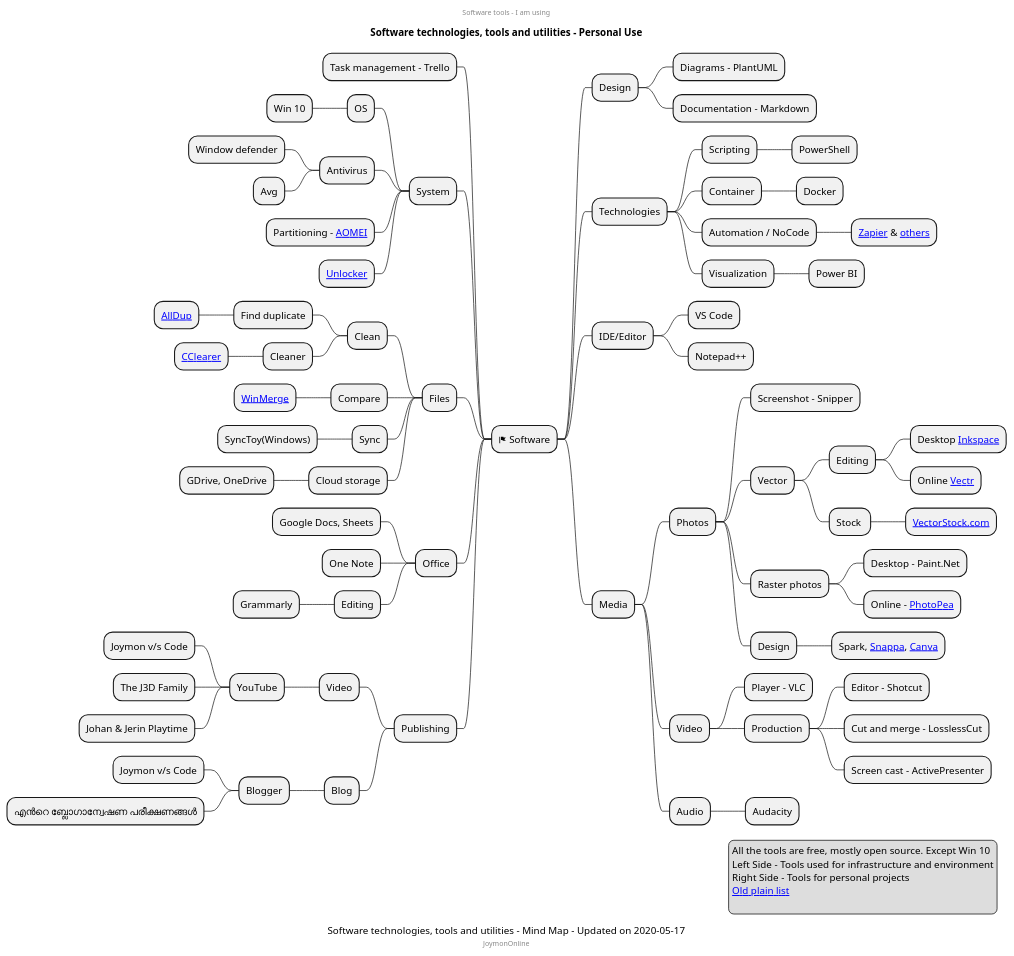
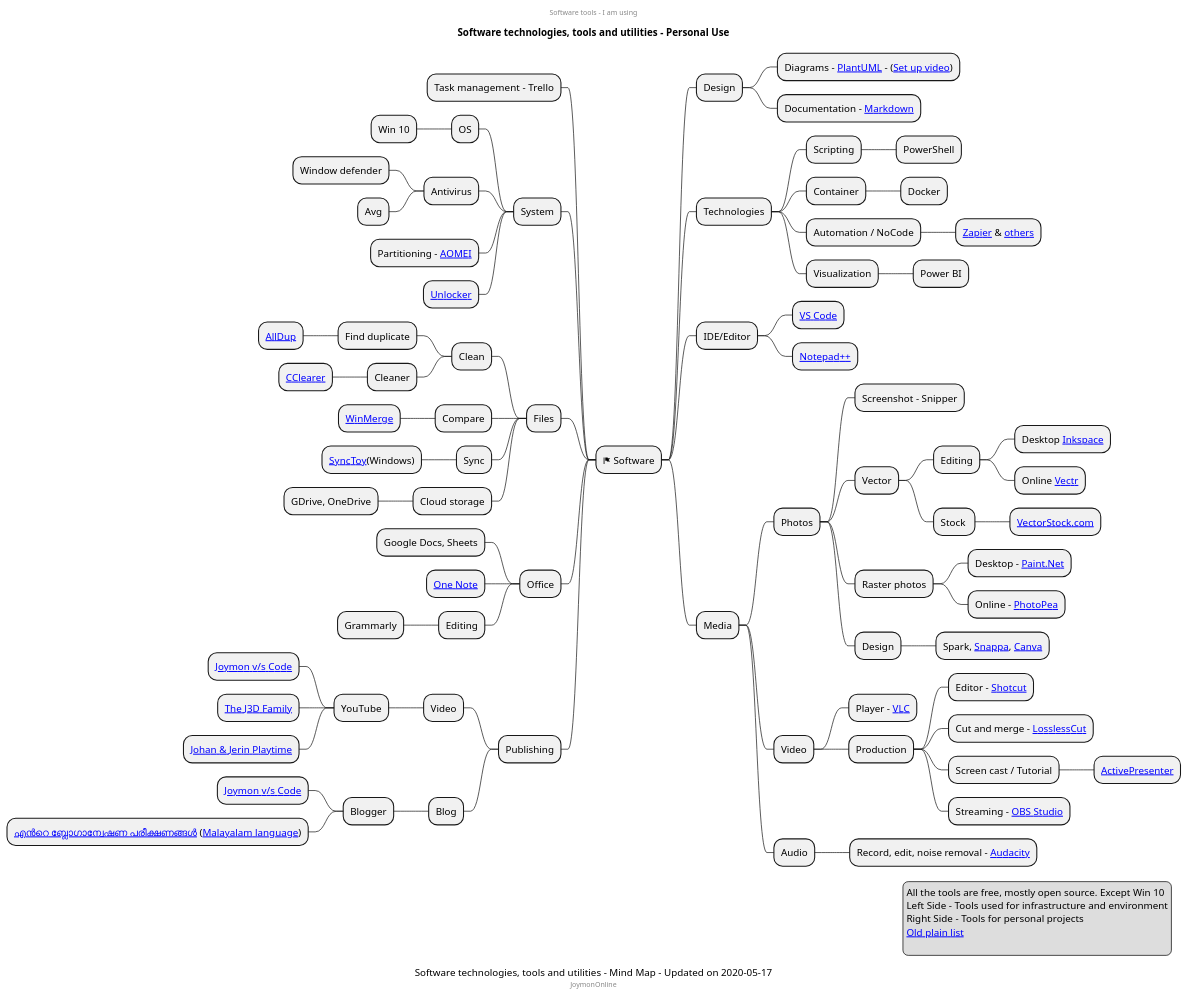
One commit to mind-maps/software changed the diagram in software-tools/personal-tools.puml. Above: the diagram before and after it, drawn with PlantUML.

Commit message:
Completed adding links

```diff
--- a/software-tools/personal-tools.puml
+++ b/software-tools/personal-tools.puml
@@ -1,95 +1,98 @@
 @startmindmap
 center header
 Software tools - I am using
 endheader
 title Software technologies, tools and utilities - Personal Use
 caption Software technologies, tools and utilities - Mind Map - Updated on 2020-05-17
 center footer JoymonOnline
 * <&flag> Software
 ** Design
-*** Diagrams - PlantUML
-*** Documentation - Markdown
+*** Diagrams - [[https://en.wikipedia.org/wiki/PlantUML PlantUML]] - ([[https://www.youtube.com/watch?v=Zt3Bj1HMJ8g Set up video]])
+*** Documentation - [[https://en.wikipedia.org/wiki/Markdown Markdown]]
 ** Technologies
 *** Scripting
 **** PowerShell
 *** Container
 **** Docker
 *** Automation / NoCode
 **** [[https://zapier.com/home Zapier]] & [[https://gist.github.com/joymon/89aeb18bef588895426b46a54e2ba970 others]]
 *** Visualization
 **** Power BI
 ** IDE/Editor
-*** VS Code
-*** Notepad++
+*** [[https://code.visualstudio.com/ VS Code]]
+*** [[https://notepad-plus-plus.org/ Notepad++]]
 
 ** Media
 *** Photos
 **** Screenshot - Snipper
 **** Vector
 ***** Editing
 ****** Desktop [[https://inkscape.org/ Inkspace]]
 ****** Online [[https://vectr.com/ Vectr]]
 ***** Stock 
 ****** [[https://www.vectorstock.com/ VectorStock.com]]
 **** Raster photos
-***** Desktop - Paint.Net
+***** Desktop - [[https://www.getpaint.net/ Paint.Net]]
 ***** Online - [[https://www.photopea.com/ PhotoPea]]
 **** Design
 ***** Spark, [[https://snappa.com/ Snappa]], [[https://www.canva.com/ Canva]]
 *** Video
-**** Player - VLC
+**** Player - [[https://www.videolan.org/vlc/download-windows.html VLC]]
 **** Production
-***** Editor - Shotcut
-***** Cut and merge - LosslessCut
-***** Screen cast - ActivePresenter
+***** Editor - [[https://shotcut.org/download/ Shotcut]]
+***** Cut and merge - [[https://github.com/mifi/lossless-cut/releases LosslessCut]]
+***** Screen cast / Tutorial
+****** [[https://atomisystems.com/download/ ActivePresenter]]
+***** Streaming - [[https://obsproject.com/download OBS Studio]]
+
 *** Audio
-**** Audacity
+**** Record, edit, noise removal - [[https://www.audacityteam.org/download/ Audacity]]
 
 left side
 
 ** Task management - Trello
 ** System
 *** OS
 **** Win 10
 *** Antivirus
 **** Window defender
 **** Avg
 *** Partitioning - [[https://www.diskpart.com/free-partition-manager.html AOMEI]]
 *** [[http://www.emptyloop.com/unlocker/ Unlocker]]
 ** Files
 *** Clean
 **** Find duplicate
 ***** [[http://www.alldup.info/en_download_alldup.php AllDup]]
 **** Cleaner
 ***** [[https://www.ccleaner.com/ CClearer]]
 *** Compare
 **** [[https://winmerge.org/?lang=en WinMerge]]
 *** Sync
-**** SyncToy(Windows)
+**** [[https://www.microsoft.com/en-us/download/details.aspx?id=15155 SyncToy]](Windows)
 *** Cloud storage
 **** GDrive, OneDrive
 ** Office
 *** Google Docs, Sheets
-*** One Note
+*** [[https://www.onenote.com/ One Note]]
 *** Editing
 **** Grammarly
 ** Publishing
 *** Video
 **** YouTube
-***** Joymon v/s Code
-***** The J3D Family
-***** Johan & Jerin Playtime
+***** [[https://www.youtube.com/channel/UC78wYrq_keVaDV8STReHRxg Joymon v/s Code]]
+***** [[https://www.youtube.com/channel/UCzYqSifCwLYpmgRxvNo7BzA The J3D Family]]
+***** [[https://www.youtube.com/channel/UC1D3Fy0L0aoI0OfUEZnWy5A Johan & Jerin Playtime]]
 *** Blog
 **** Blogger
-***** Joymon v/s Code
-***** എന്‍റെ ബ്ലോഗാന്വേഷണ പരീക്ഷണങ്ങള്‍
+***** [[https://joymonscode.blogspot.com/ Joymon v/s Code]]
+***** [[https://joy-mon.blogspot.com/ എന്‍റെ ബ്ലോഗാന്വേഷണ പരീക്ഷണങ്ങള്‍]] ([[https://en.wikipedia.org/wiki/Malayalam Malayalam language]])
 
 legend right
 All the tools are free, mostly open source. Except Win 10
 Left Side - Tools used for infrastructure and environment
 Right Side - Tools for personal projects
 [[https://joymonscode.blogspot.com/2017/05/toolbox-for-open-source-developers.html Old plain list]]
   
 endlegend
 
 @endmindmap
```
